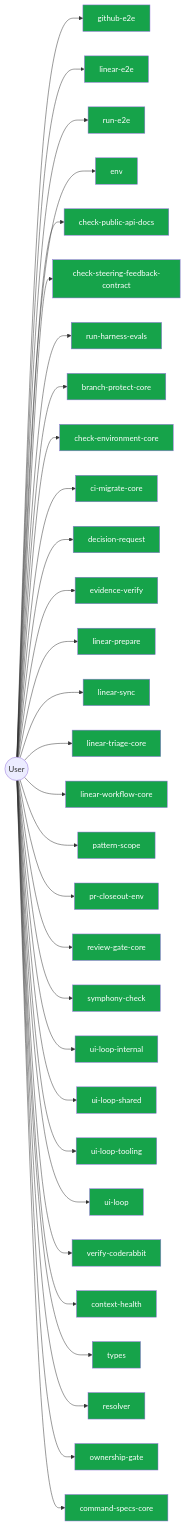
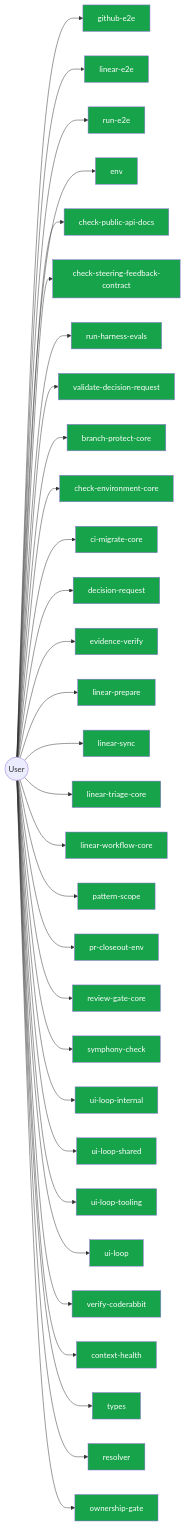
One commit to jscraik/coding-harness changed diagram 14 of 14 in AI/context/diagram-context.md. Above: the diagram before and after it, drawn with Mermaid. The commit also changed other lines of this file and 42 other files, not shown here.

First line of the commit message:
feat(decision-request): require hilt boundaries

````diff
--- a/AI/context/diagram-context.md
+++ b/AI/context/diagram-context.md
@@ -1546,67 +1555,67 @@
 ```mermaid
 flowchart LR
   User(("User"))
   github_e2e_2891a341["github-e2e"]
   User --> github_e2e_2891a341
   linear_e2e_decf3708["linear-e2e"]
   User --> linear_e2e_decf3708
   run_e2e_39efe696["run-e2e"]
   User --> run_e2e_39efe696
   env_b77349bf["env"]
   User --> env_b77349bf
   check_public_api_docs_a9604f1b["check-public-api-docs"]
   User --> check_public_api_docs_a9604f1b
   check_steering_feedback_contract_80134459["check-steering-feedback-contract"]
   User --> check_steering_feedback_contract_80134459
   run_harness_evals_77704768["run-harness-evals"]
   User --> run_harness_evals_77704768
+  validate_decision_request_2e5c325e["validate-decision-request"]
+  User --> validate_decision_request_2e5c325e
   branch_protect_core_a8feb0fd["branch-protect-core"]
   User --> branch_protect_core_a8feb0fd
   check_environment_core_2c16213f["check-environment-core"]
   User --> check_environment_core_2c16213f
   ci_migrate_core_7005b5af["ci-migrate-core"]
   User --> ci_migrate_core_7005b5af
   decision_request_118a770d["decision-request"]
   User --> decision_request_118a770d
   evidence_verify_3b73c290["evidence-verify"]
   User --> evidence_verify_3b73c290
   linear_prepare_0c613ba6["linear-prepare"]
   User --> linear_prepare_0c613ba6
   linear_sync_a2fa2bf7["linear-sync"]
   User --> linear_sync_a2fa2bf7
   linear_triage_core_7cbca73e["linear-triage-core"]
   User --> linear_triage_core_7cbca73e
   linear_workflow_core_0e19cff4["linear-workflow-core"]
   User --> linear_workflow_core_0e19cff4
   pattern_scope_61ff946d["pattern-scope"]
   User --> pattern_scope_61ff946d
   pr_closeout_env_9bfcd9ef["pr-closeout-env"]
   User --> pr_closeout_env_9bfcd9ef
   review_gate_core_4c8001f9["review-gate-core"]
   User --> review_gate_core_4c8001f9
   symphony_check_e97f2ea0["symphony-check"]
   User --> symphony_check_e97f2ea0
   ui_loop_internal_f2eb8892["ui-loop-internal"]
   User --> ui_loop_internal_f2eb8892
   ui_loop_shared_8c83b841["ui-loop-shared"]
   User --> ui_loop_shared_8c83b841
   ui_loop_tooling_12b2d2c7["ui-loop-tooling"]
   User --> ui_loop_tooling_12b2d2c7
   ui_loop_11660889["ui-loop"]
   User --> ui_loop_11660889
   verify_coderabbit_490b4e71["verify-coderabbit"]
   User --> verify_coderabbit_490b4e71
   context_health_1_ceb11829["context-health"]
   User --> context_health_1_ceb11829
   types_1_4ecdf56e["types"]
   User --> types_1_4ecdf56e
   resolver_439c3635["resolver"]
   User --> resolver_439c3635
   ownership_gate_2e194d13["ownership-gate"]
   User --> ownership_gate_2e194d13
-  command_specs_core_1c0ffc99["command-specs-core"]
-  User --> command_specs_core_1c0ffc99
   classDef userNode fill:#16a34a,color:#fff
-  class github_e2e_2891a341,linear_e2e_decf3708,run_e2e_39efe696,env_b77349bf,check_public_api_docs_a9604f1b,check_steering_feedback_contract_80134459,run_harness_evals_77704768,branch_protect_core_a8feb0fd,check_environment_core_2c16213f,ci_migrate_core_7005b5af,decision_request_118a770d,evidence_verify_3b73c290,linear_prepare_0c613ba6,linear_sync_a2fa2bf7,linear_triage_core_7cbca73e,linear_workflow_core_0e19cff4,pattern_scope_61ff946d,pr_closeout_env_9bfcd9ef,review_gate_core_4c8001f9,symphony_check_e97f2ea0,ui_loop_internal_f2eb8892,ui_loop_shared_8c83b841,ui_loop_tooling_12b2d2c7,ui_loop_11660889,verify_coderabbit_490b4e71,context_health_1_ceb11829,types_1_4ecdf56e,resolver_439c3635,ownership_gate_2e194d13,command_specs_core_1c0ffc99 userNode
+  class github_e2e_2891a341,linear_e2e_decf3708,run_e2e_39efe696,env_b77349bf,check_public_api_docs_a9604f1b,check_steering_feedback_contract_80134459,run_harness_evals_77704768,validate_decision_request_2e5c325e,branch_protect_core_a8feb0fd,check_environment_core_2c16213f,ci_migrate_core_7005b5af,decision_request_118a770d,evidence_verify_3b73c290,linear_prepare_0c613ba6,linear_sync_a2fa2bf7,linear_triage_core_7cbca73e,linear_workflow_core_0e19cff4,pattern_scope_61ff946d,pr_closeout_env_9bfcd9ef,review_gate_core_4c8001f9,symphony_check_e97f2ea0,ui_loop_internal_f2eb8892,ui_loop_shared_8c83b841,ui_loop_tooling_12b2d2c7,ui_loop_11660889,verify_coderabbit_490b4e71,context_health_1_ceb11829,types_1_4ecdf56e,resolver_439c3635,ownership_gate_2e194d13 userNode
 
 ```
````
